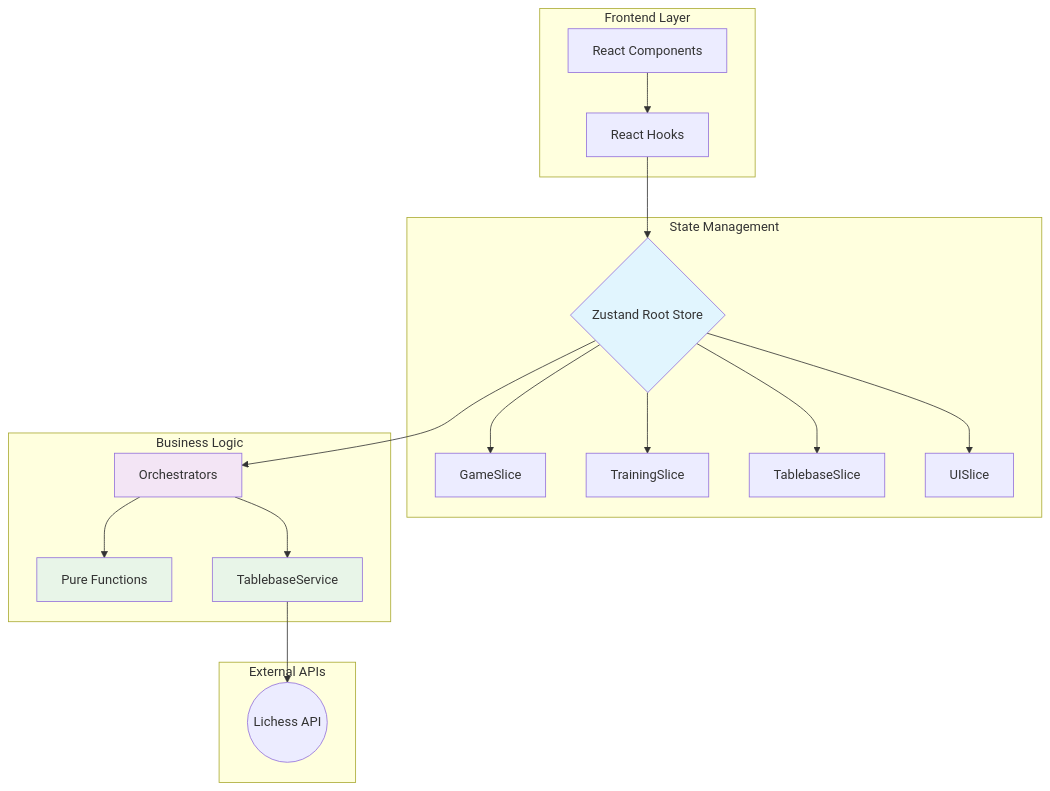
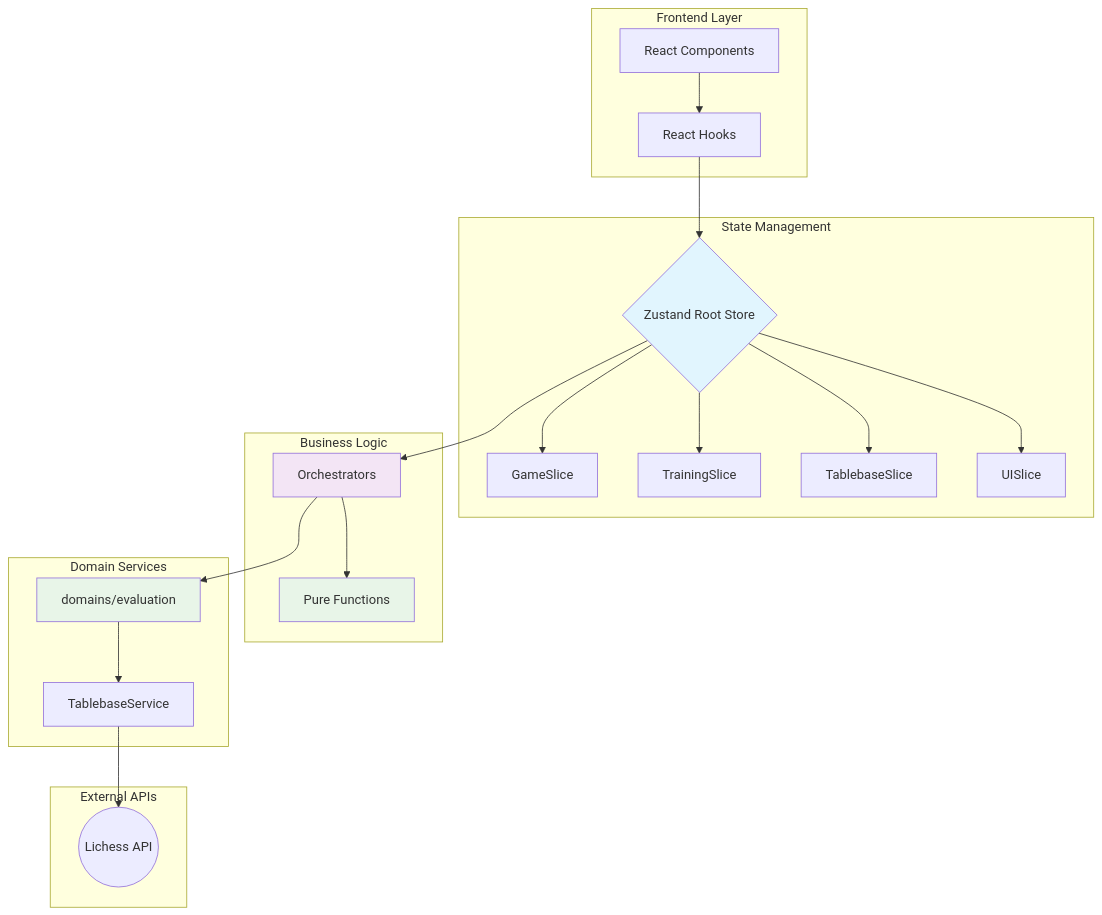
The diagram in docs/CORE.md (thehugegatsby/ChessEndgameTrainer), drawn with Mermaid before and after one commit. The commit also changed other lines of this file and 12 other files, not shown here.

First line of the commit message:
refactor: improve chessengine german notation and api based on architectural review

````diff
--- a/docs/CORE.md
+++ b/docs/CORE.md
@@ -11,26 +11,29 @@
 ```mermaid
 graph TD
     subgraph "Frontend Layer"
         A[React Components] --> B[React Hooks]
     end
     subgraph "State Management"
         B --> C{Zustand Root Store}
         C --> D[GameSlice]
         C --> E[TrainingSlice]
         C --> F[TablebaseSlice]
         C --> G[UISlice]
     end
     subgraph "Business Logic"
         C --> H[Orchestrators]
         H --> I[Pure Functions]
-        H --> J[TablebaseService]
+    end
+    subgraph "Domain Services"
+        H --> J[domains/evaluation]
+        J --> K[TablebaseService]
     end
     subgraph "External APIs"
-        J --> K((Lichess API))
+        K --> L((Lichess API))
     end
 
     style C fill:#e1f5fe
     style H fill:#f3e5f5
     style I fill:#e8f5e8
     style J fill:#e8f5e8
 ```
````
